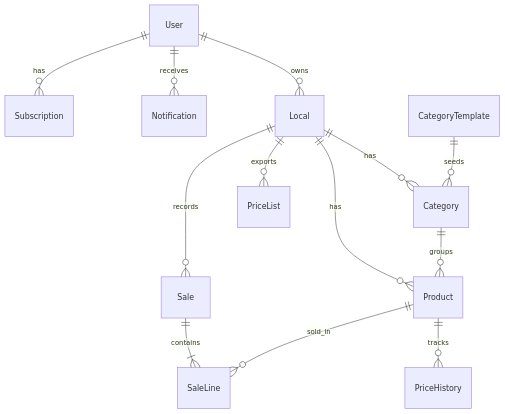
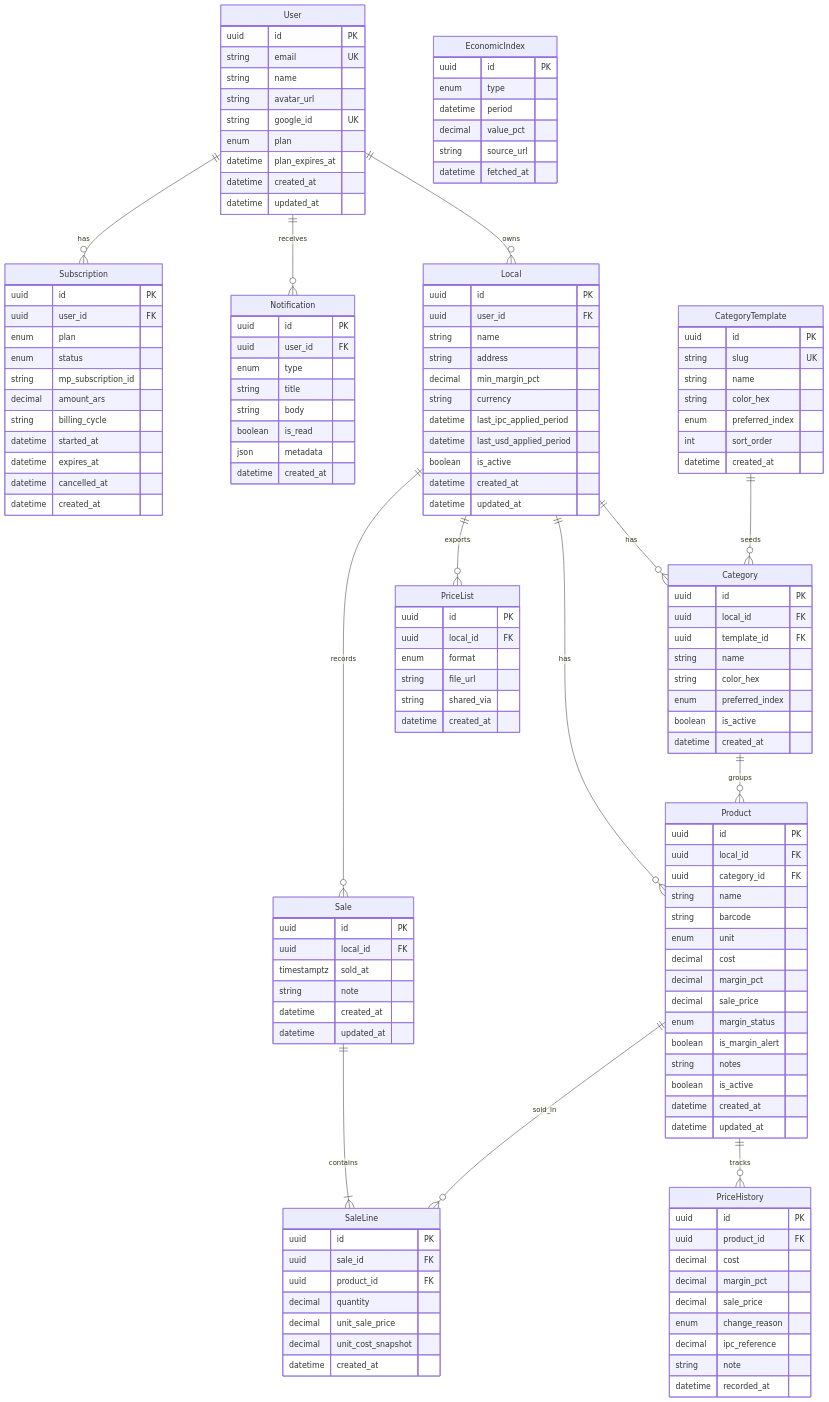
One commit to ELautax/PreciosYa changed the diagram in docs/entrega/assets/der-diagram.mmd. Above: the diagram before and after it, drawn with Mermaid. The commit also changed 51 other files, not shown here.

```diff
--- a/docs/entrega/assets/der-diagram.mmd
+++ b/docs/entrega/assets/der-diagram.mmd
@@ -1,13 +1,152 @@
 erDiagram
   User ||--o{ Local : owns
   User ||--o{ Notification : receives
   User ||--o{ Subscription : has
   Local ||--o{ Category : has
   Local ||--o{ Product : has
   Local ||--o{ PriceList : exports
   Local ||--o{ Sale : records
   CategoryTemplate ||--o{ Category : seeds
   Category ||--o{ Product : groups
   Product ||--o{ PriceHistory : tracks
   Product ||--o{ SaleLine : sold_in
   Sale ||--|{ SaleLine : contains
+
+  User {
+    uuid id PK
+    string email UK
+    string name
+    string avatar_url
+    string google_id UK
+    enum plan
+    datetime plan_expires_at
+    datetime created_at
+    datetime updated_at
+  }
+
+  Local {
+    uuid id PK
+    uuid user_id FK
+    string name
+    string address
+    decimal min_margin_pct
+    string currency
+    datetime last_ipc_applied_period
+    datetime last_usd_applied_period
+    boolean is_active
+    datetime created_at
+    datetime updated_at
+  }
+
+  CategoryTemplate {
+    uuid id PK
+    string slug UK
+    string name
+    string color_hex
+    enum preferred_index
+    int sort_order
+    datetime created_at
+  }
+
+  Category {
+    uuid id PK
+    uuid local_id FK
+    uuid template_id FK
+    string name
+    string color_hex
+    enum preferred_index
+    boolean is_active
+    datetime created_at
+  }
+
+  Product {
+    uuid id PK
+    uuid local_id FK
+    uuid category_id FK
+    string name
+    string barcode
+    enum unit
+    decimal cost
+    decimal margin_pct
+    decimal sale_price
+    enum margin_status
+    boolean is_margin_alert
+    string notes
+    boolean is_active
+    datetime created_at
+    datetime updated_at
+  }
+
+  PriceHistory {
+    uuid id PK
+    uuid product_id FK
+    decimal cost
+    decimal margin_pct
+    decimal sale_price
+    enum change_reason
+    decimal ipc_reference
+    string note
+    datetime recorded_at
+  }
+
+  EconomicIndex {
+    uuid id PK
+    enum type
+    datetime period
+    decimal value_pct
+    string source_url
+    datetime fetched_at
+  }
+
+  PriceList {
+    uuid id PK
+    uuid local_id FK
+    enum format
+    string file_url
+    string shared_via
+    datetime created_at
+  }
+
+  Notification {
+    uuid id PK
+    uuid user_id FK
+    enum type
+    string title
+    string body
+    boolean is_read
+    json metadata
+    datetime created_at
+  }
+
+  Subscription {
+    uuid id PK
+    uuid user_id FK
+    enum plan
+    enum status
+    string mp_subscription_id
+    decimal amount_ars
+    string billing_cycle
+    datetime started_at
+    datetime expires_at
+    datetime cancelled_at
+    datetime created_at
+  }
+
+  Sale {
+    uuid id PK
+    uuid local_id FK
+    timestamptz sold_at
+    string note
+    datetime created_at
+    datetime updated_at
+  }
+
+  SaleLine {
+    uuid id PK
+    uuid sale_id FK
+    uuid product_id FK
+    decimal quantity
+    decimal unit_sale_price
+    decimal unit_cost_snapshot
+    datetime created_at
+  }
```
